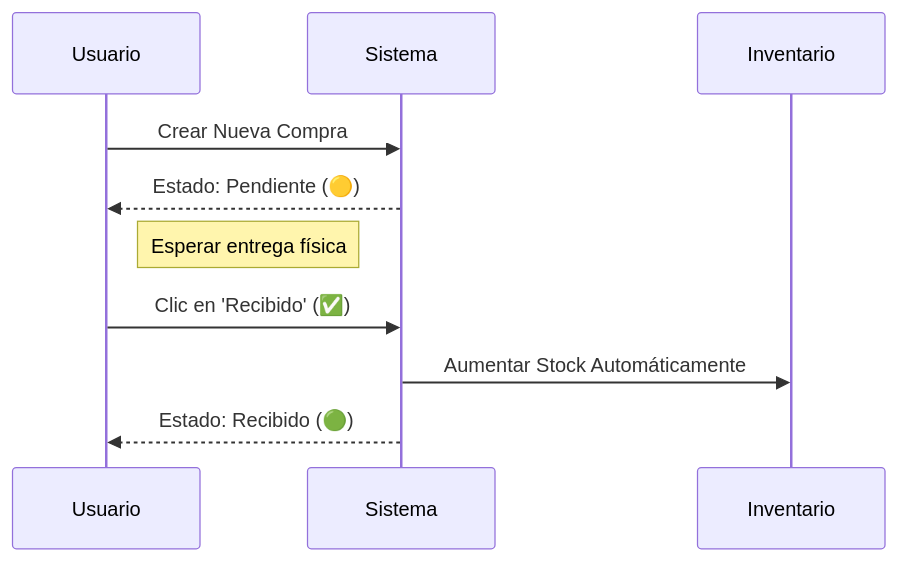
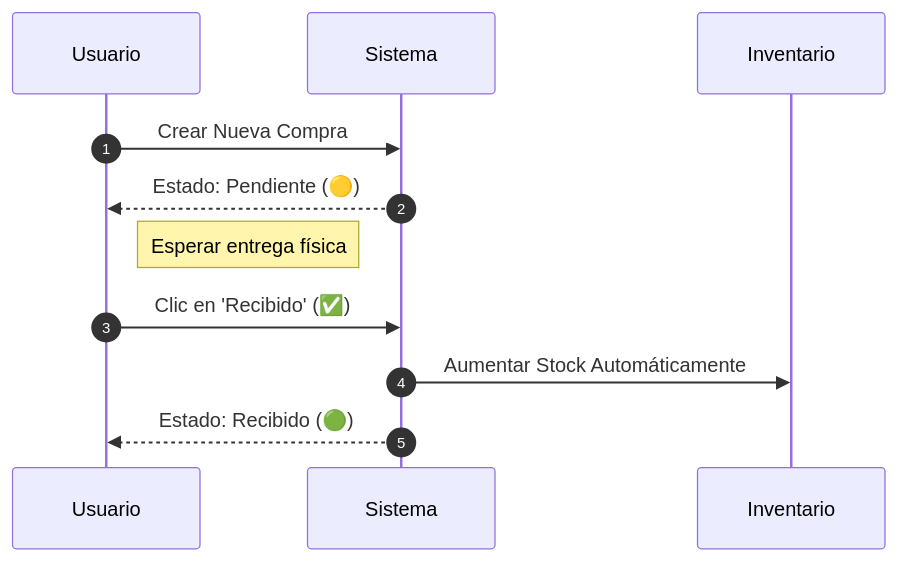
The third of 5 diagrams in README.md (SteepCraft/melkar), drawn with Mermaid before and after one commit. The commit also changed other lines of this file, not shown here.

Commit message:
Enhance Mermaid diagrams with additional styling and structure for better clarity

````diff
--- a/README.md
+++ b/README.md
@@ -106,13 +121,18 @@
 ```mermaid
 sequenceDiagram
+    %% Theme configuration
+    %%Note: Sequence diagrams are harder to style individually, usually depend on global theme.
+    %%Adding 'autonumber' for better structure
+
+    autonumber
     participant U as Usuario
     participant S as Sistema
     participant I as Inventario
 
     U->>S: Crear Nueva Compra
     S-->>U: Estado: Pendiente (🟡)
     Note right of U: Esperar entrega física
     U->>S: Clic en 'Recibido' (✅)
     S->>I: Aumentar Stock Automáticamente
     S-->>U: Estado: Recibido (🟢)
 ```
````
